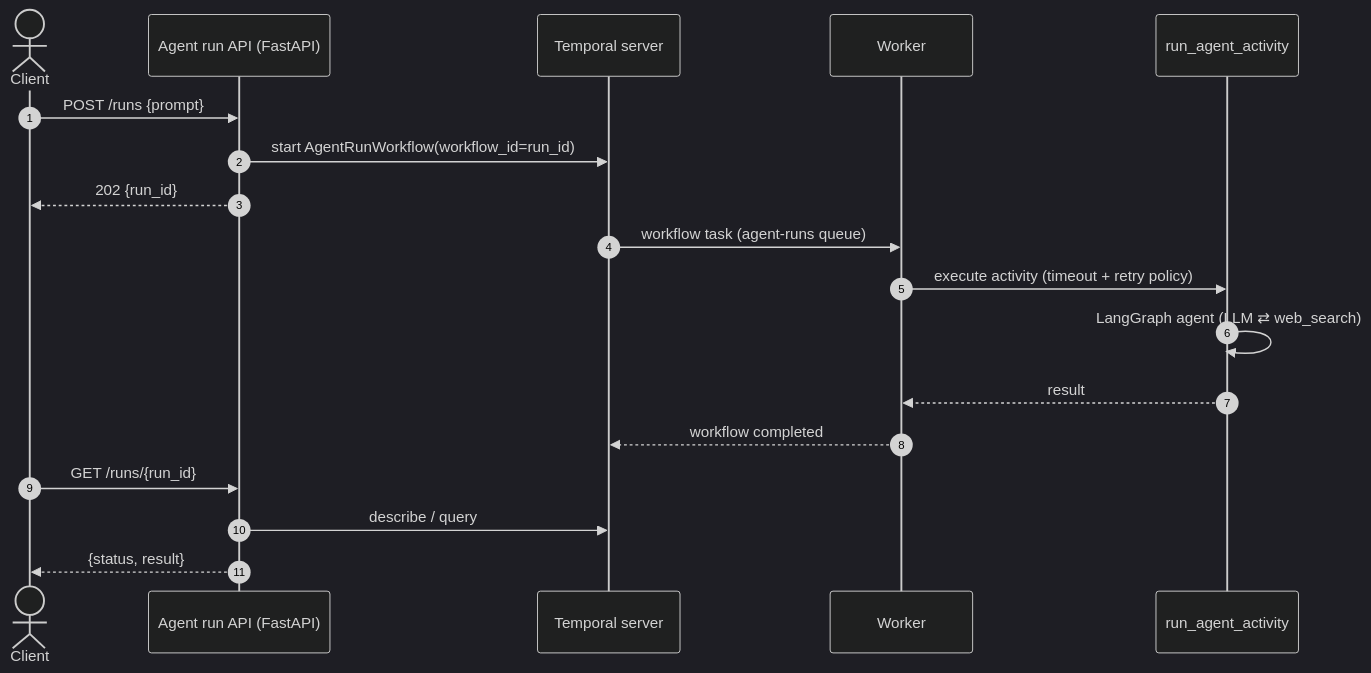
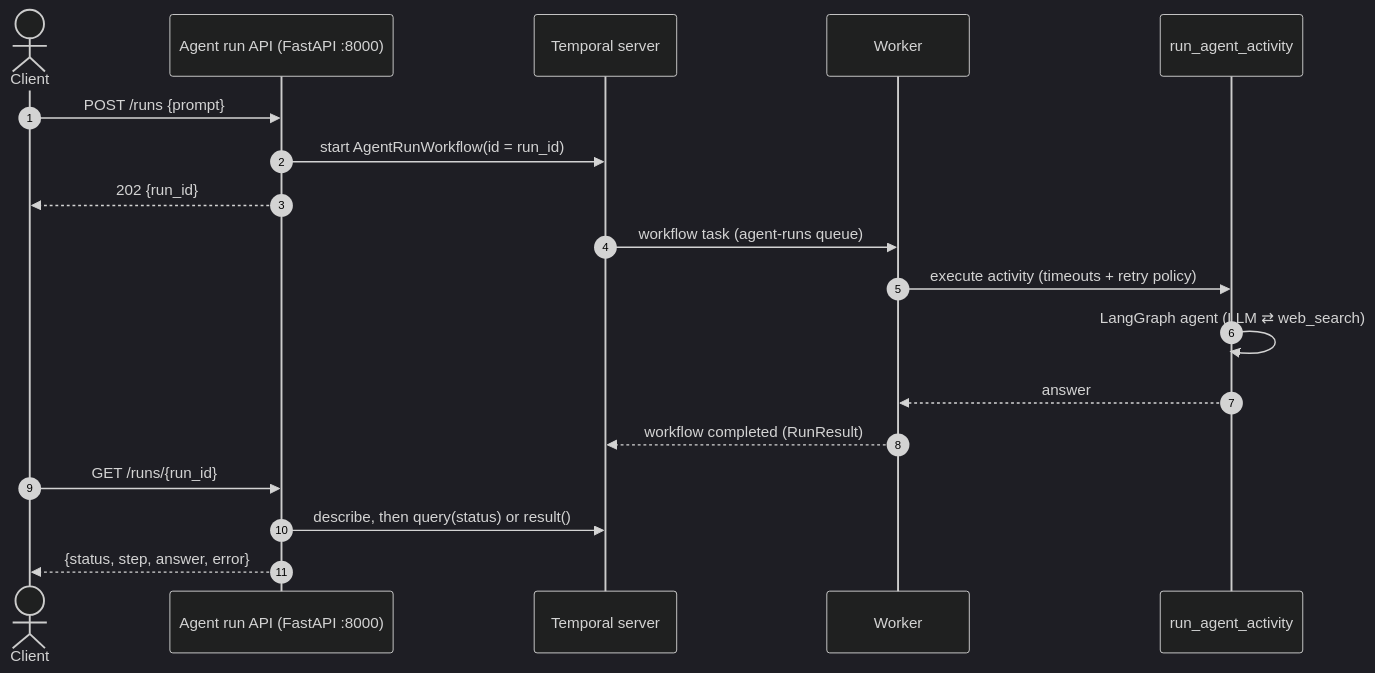
One commit to Anirudh1905/async-agentic-workflows changed the first of 2 diagrams in docs/phases/phase-3-temporal.md. Above: the diagram before and after it, drawn with Mermaid (dark theme). The commit also changed other lines of this file and 23 other files, not shown here.

First line of the commit message:
Add Phase 3: Temporal workflow, agent run API, Tilt dev loop; upgrade Temporal to 1.32

````diff
--- a/docs/phases/phase-3-temporal.md
+++ b/docs/phases/phase-3-temporal.md
@@ -5,20 +5,20 @@
 ```mermaid
 sequenceDiagram
     autonumber
     actor C as Client
-    participant API as Agent run API (FastAPI)
+    participant API as Agent run API (FastAPI :8000)
     participant T as Temporal server
     participant W as Worker
     participant A as run_agent_activity
     C->>API: POST /runs {prompt}
-    API->>T: start AgentRunWorkflow(workflow_id=run_id)
+    API->>T: start AgentRunWorkflow(id = run_id)
     API-->>C: 202 {run_id}
     T->>W: workflow task (agent-runs queue)
-    W->>A: execute activity (timeout + retry policy)
+    W->>A: execute activity (timeouts + retry policy)
     A->>A: LangGraph agent (LLM ⇄ web_search)
-    A-->>W: result
-    W-->>T: workflow completed
+    A-->>W: answer
+    W-->>T: workflow completed (RunResult)
     C->>API: GET /runs/{run_id}
-    API->>T: describe / query
-    API-->>C: {status, result}
+    API->>T: describe, then query(status) or result()
+    API-->>C: {status, step, answer, error}
 ```
````
